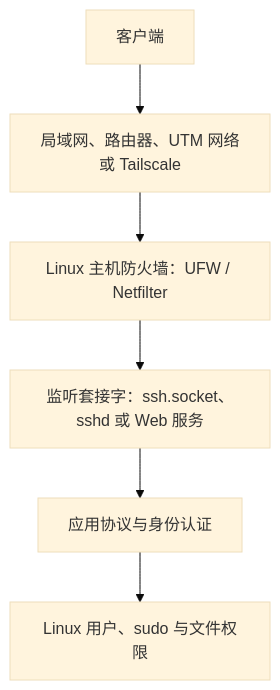
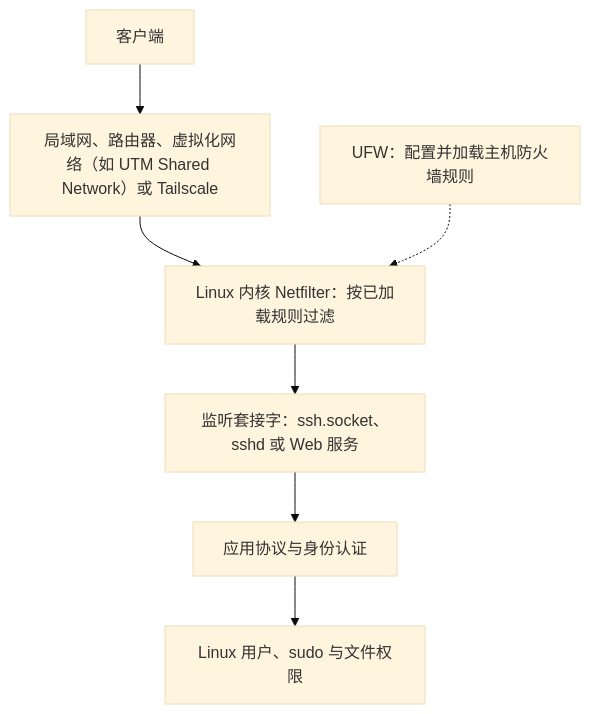
The diagram in Linux/网络与远程访问/Linux 主机防火墙与 UFW 基础.md (codeExpert666/Backend-Developer-Skills), drawn with Mermaid (base theme) before and after one commit. The commit also changed other lines of this file and 4 other files, not shown here.

````diff
--- a/Linux/网络与远程访问/Linux 主机防火墙与 UFW 基础.md
+++ b/Linux/网络与远程访问/Linux 主机防火墙与 UFW 基础.md
@@ -42,8 +45,9 @@
 ```mermaid
 flowchart TD
-    A["客户端"] --> B["局域网、路由器、UTM 网络或 Tailscale"]
-    B --> C["Linux 主机防火墙：UFW / Netfilter"]
+    A["客户端"] --> B["局域网、路由器、虚拟化网络（如 UTM Shared Network）或 Tailscale"]
+    B --> C["Linux 内核 Netfilter：按已加载规则过滤"]
+    U["UFW：配置并加载主机防火墙规则"] -.-> C
     C --> D["监听套接字：ssh.socket、sshd 或 Web 服务"]
     D --> E["应用协议与身份认证"]
     E --> F["Linux 用户、sudo 与文件权限"]
 ```
````
